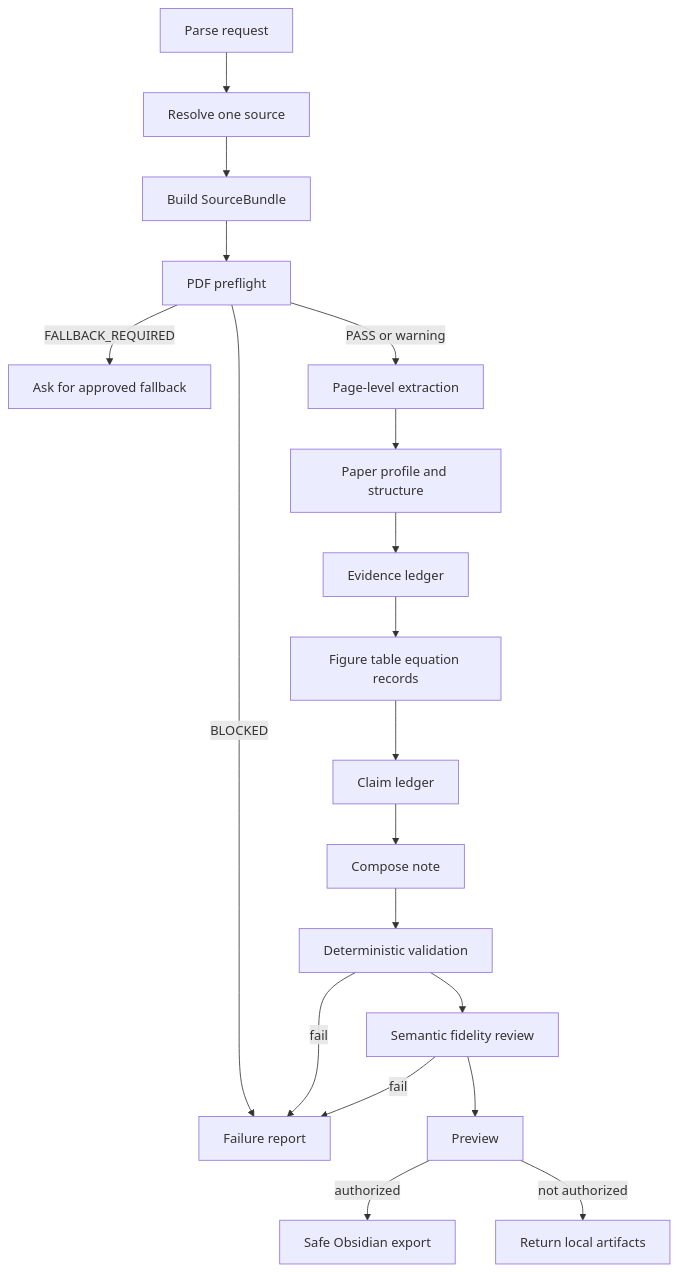
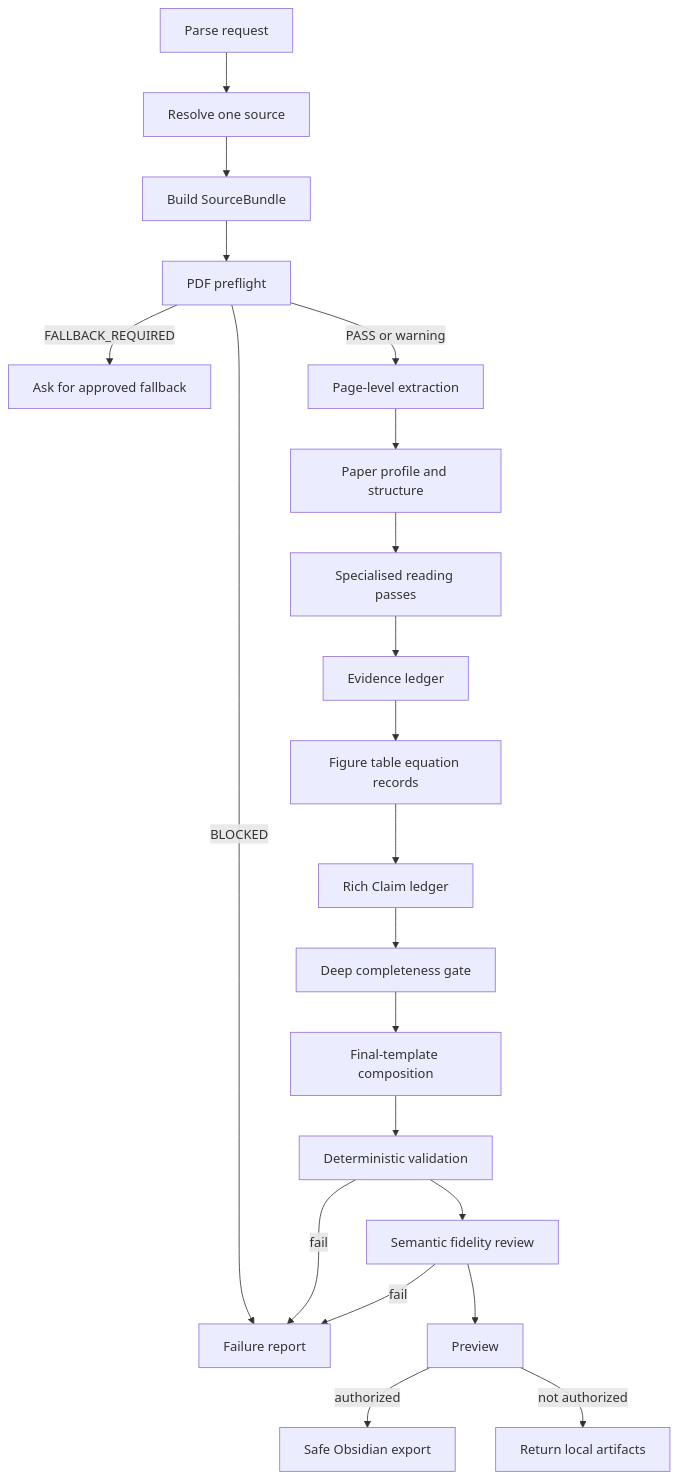
Before and after one commit to xieyf1024/Litanchor-paper-reading: the diagram in docs/WORKFLOW.md, drawn with Mermaid. The commit also changed other lines of this file and 40 other files, not shown here.

Commit message:
feat: complete v0.4.1 deep reading pipeline

````diff
--- a/docs/WORKFLOW.md
+++ b/docs/WORKFLOW.md
@@ -5,21 +5,23 @@
 ```mermaid
 flowchart TD
     A[Parse request] --> B[Resolve one source]
     B --> C[Build SourceBundle]
     C --> D[PDF preflight]
     D -->|BLOCKED| X[Failure report]
     D -->|FALLBACK_REQUIRED| Y[Ask for approved fallback]
     D -->|PASS or warning| E[Page-level extraction]
     E --> F[Paper profile and structure]
-    F --> G[Evidence ledger]
-    G --> H[Figure table equation records]
-    H --> I[Claim ledger]
-    I --> J[Compose note]
-    J --> K[Deterministic validation]
-    K -->|fail| X
-    K --> L[Semantic fidelity review]
+    F --> G[Specialised reading passes]
+    G --> H[Evidence ledger]
+    H --> I[Figure table equation records]
+    I --> J[Rich Claim ledger]
+    J --> K[Deep completeness gate]
+    K --> Q[Final-template composition]
+    Q --> R[Deterministic validation]
+    R -->|fail| X
+    R --> L[Semantic fidelity review]
     L -->|fail| X
     L --> M[Preview]
     M -->|authorized| N[Safe Obsidian export]
     M -->|not authorized| O[Return local artifacts]
 ```
````
